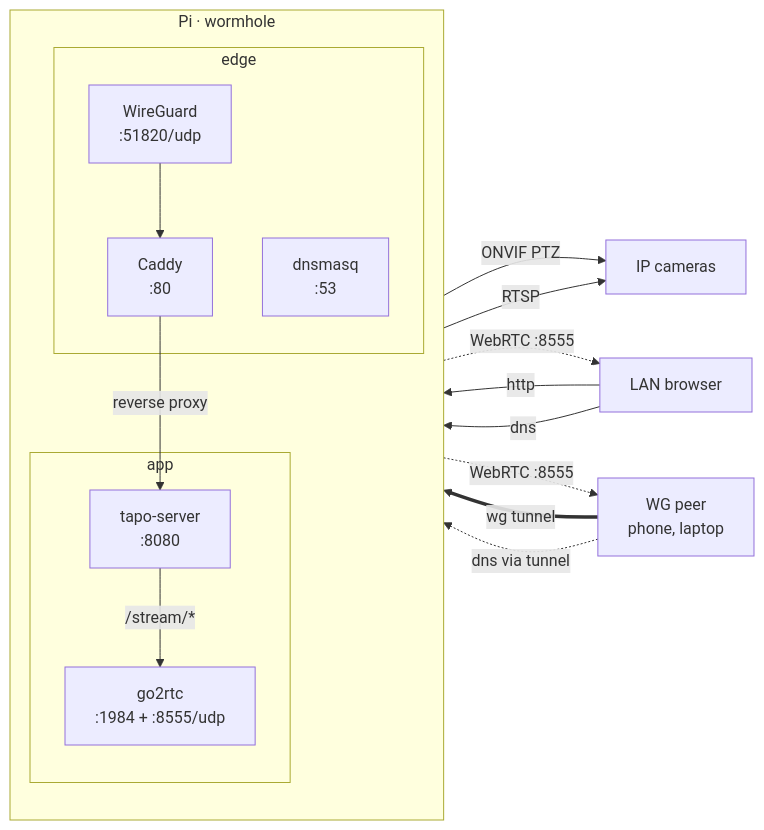
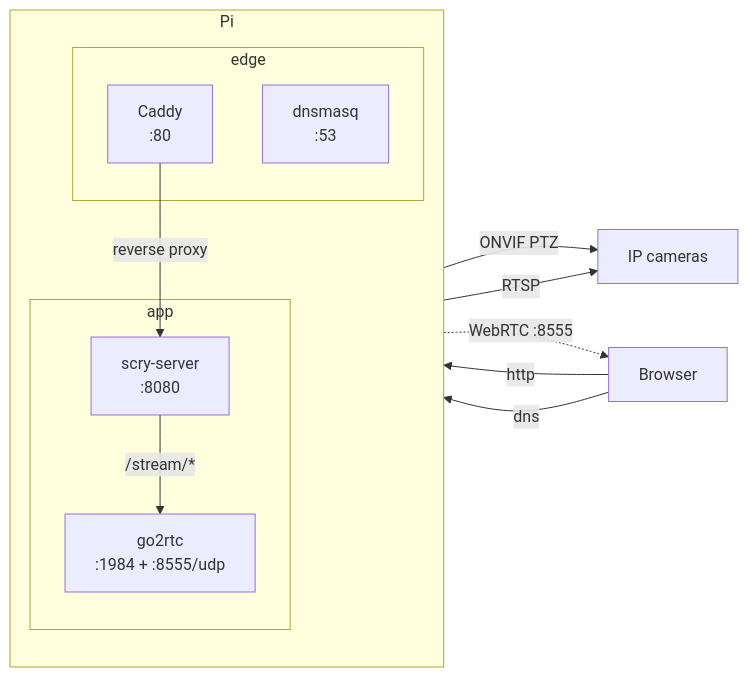
One commit to slamdewey/tapo-viewer changed the diagram in README.md. Above: the diagram before and after it, drawn with Mermaid. The commit also changed other lines of this file and 6 other files, not shown here.

````diff
--- a/README.md
+++ b/README.md
@@ -14,32 +13,25 @@
 ```mermaid
 flowchart LR
     cams[IP cameras]
-    lan[LAN browser]
-    peer[WG peer<br/>phone, laptop]
+    client[Browser]
 
-    subgraph pi["Pi · wormhole"]
+    subgraph pi["Pi"]
         direction TB
         subgraph edge["edge"]
-            wg["WireGuard<br/>:51820/udp"]
             dns["dnsmasq<br/>:53"]
             caddy["Caddy<br/>:80"]
         end
         subgraph app["app"]
-            node["tapo-server<br/>:8080"]
+            node["scry-server<br/>:8080"]
             go2rtc["go2rtc<br/>:1984 + :8555/udp"]
         end
     end
 
-    lan -->|http| caddy
-    peer ==>|wg tunnel| wg
-    wg --> caddy
-    lan -->|dns| dns
-    peer -.->|dns via tunnel| dns
-
+    client -->|http| caddy
+    client -->|dns| dns
     caddy -->|reverse proxy| node
     node -->|/stream/*| go2rtc
     node -->|ONVIF PTZ| cams
     go2rtc -->|RTSP| cams
-    go2rtc -.->|WebRTC :8555| lan
-    go2rtc -.->|WebRTC :8555| peer
+    go2rtc -.->|WebRTC :8555| client
 ```
````
